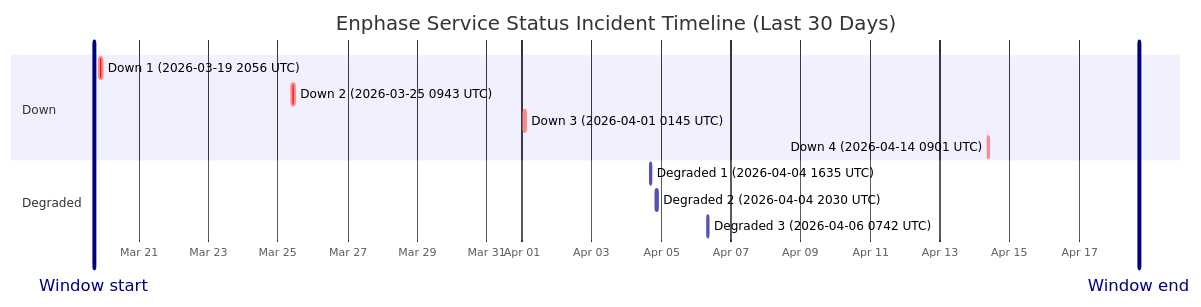
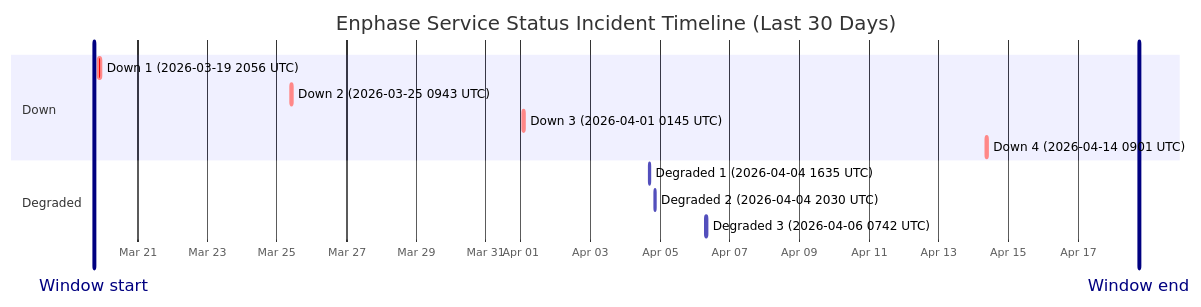
The diagram in wiki/Service-Status-History.md (barneyonline/ha-enphase-ev-charger), drawn with Mermaid before and after one commit. The commit also changed other lines of this file and 3 other files, not shown here.

````diff
--- a/wiki/Service-Status-History.md
+++ b/wiki/Service-Status-History.md
@@ -14,17 +14,17 @@
 ```mermaid
 gantt
     title Enphase Service Status Incident Timeline (Last 30 Days)
     dateFormat  YYYY-MM-DDTHH:mm:ss
     axisFormat  %b %d
-    Window start :vert, window-start, 2026-03-19T17:04:48, 0ms
-    Window end :vert, window-end, 2026-04-18T17:04:48, 0ms
+    Window start :vert, window-start, 2026-03-19T18:01:44, 0ms
+    Window end :vert, window-end, 2026-04-18T18:01:44, 0ms
     section Down
     Down 1 (2026-03-19 2056 UTC) :crit, down-1, 2026-03-19T20:56:20, 145m
     Down 2 (2026-03-25 0943 UTC) :crit, down-2, 2026-03-25T09:43:28, 111m
     Down 3 (2026-04-01 0145 UTC) :crit, down-3, 2026-04-01T01:45:09, 60m
     Down 4 (2026-04-14 0901 UTC) :crit, down-4, 2026-04-14T09:01:13, 60m
     section Degraded
     Degraded 1 (2026-04-04 1635 UTC) :active, degraded-1, 2026-04-04T16:35:17, 60m
     Degraded 2 (2026-04-04 2030 UTC) :active, degraded-2, 2026-04-04T20:30:40, 60m
     Degraded 3 (2026-04-06 0742 UTC) :active, degraded-3, 2026-04-06T07:42:09, 85m
 ```
````
